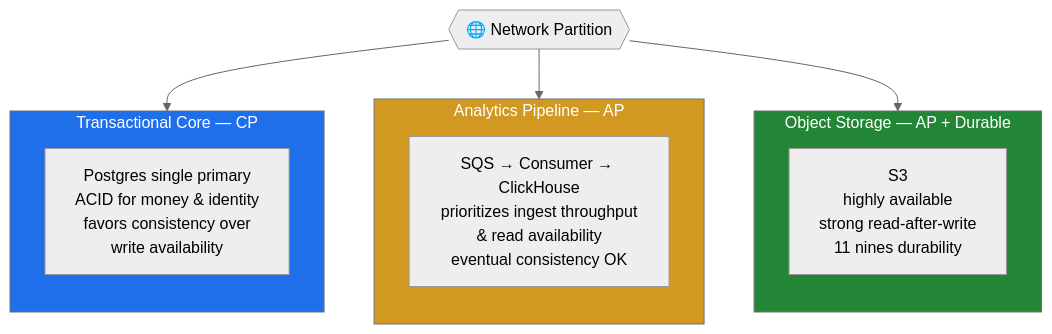
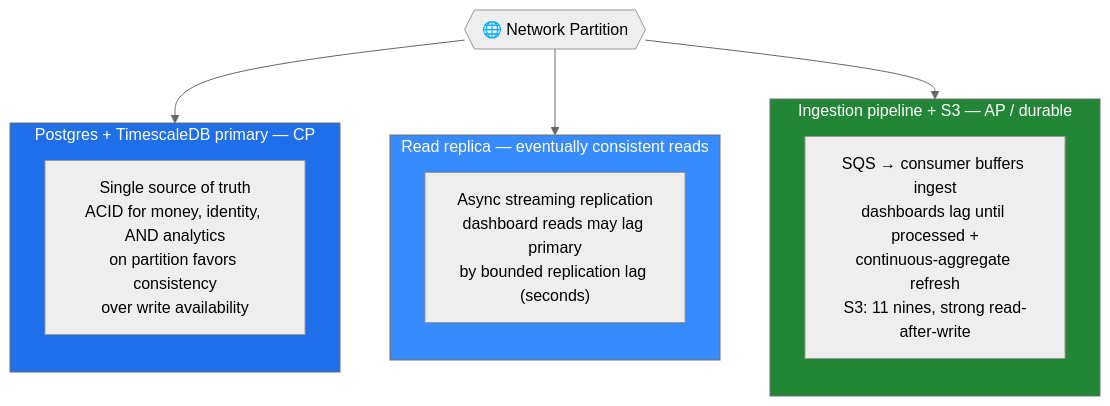
One commit to MagenticIn/MLS-Revamp changed the fourth of 6 diagrams in architecture.md. Above: the diagram before and after it, drawn with Mermaid (neutral theme). The commit also changed other lines of this file, not shown here.

First line of the commit message:
Replace ClickHouse with TimescaleDB — single Postgres store

````diff
--- a/architecture.md
+++ b/architecture.md
@@ -147,27 +159,27 @@
 ```mermaid
 flowchart TB
     P{{"🌐 Network Partition"}}
 
-    subgraph CP["Transactional Core — CP"]
+    subgraph CP["Postgres + TimescaleDB primary — CP"]
         direction TB
-        PGN["Postgres single primary<br/>ACID for money & identity<br/>favors consistency over<br/>write availability"]
+        PGN["Single source of truth<br/>ACID for money, identity, AND analytics<br/>on partition favors consistency<br/>over write availability"]
     end
 
-    subgraph AP1["Analytics Pipeline — AP"]
+    subgraph AP1["Read replica — eventually consistent reads"]
         direction TB
-        APN["SQS → Consumer → ClickHouse<br/>prioritizes ingest throughput<br/>& read availability<br/>eventual consistency OK"]
+        RN["Async streaming replication<br/>dashboard reads may lag primary<br/>by bounded replication lag (seconds)"]
     end
 
-    subgraph AP2["Object Storage — AP + Durable"]
+    subgraph AP2["Ingestion pipeline + S3 — AP / durable"]
         direction TB
-        S3N["S3<br/>highly available<br/>strong read-after-write<br/>11 nines durability"]
+        APN["SQS → consumer buffers ingest<br/>dashboards lag until processed +<br/>continuous-aggregate refresh<br/>S3: 11 nines, strong read-after-write"]
     end
 
     P --> CP
     P --> AP1
     P --> AP2
 
     style CP fill:#1f6feb,color:#fff
-    style AP1 fill:#d29922,color:#fff
+    style AP1 fill:#388bfd,color:#fff
     style AP2 fill:#238636,color:#fff
 ```
````
